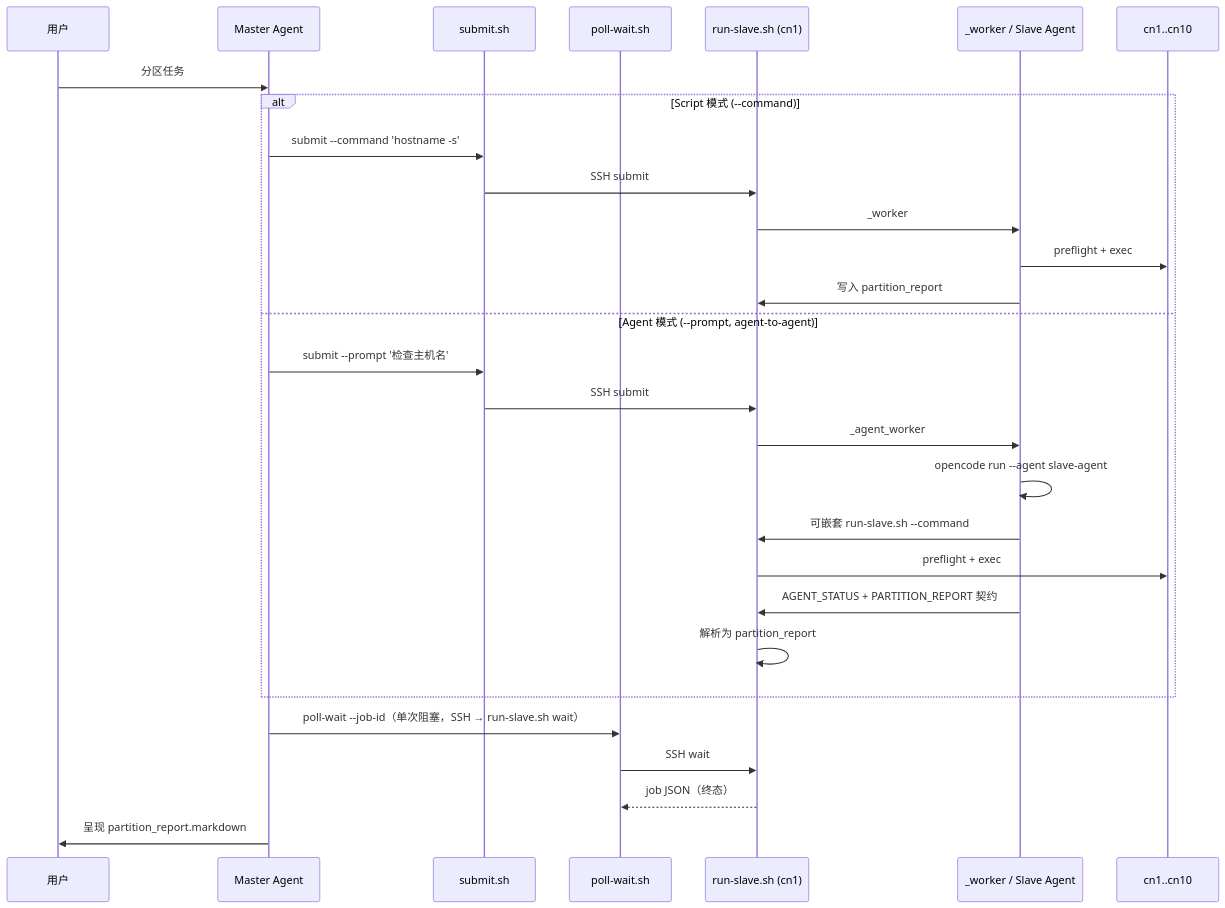
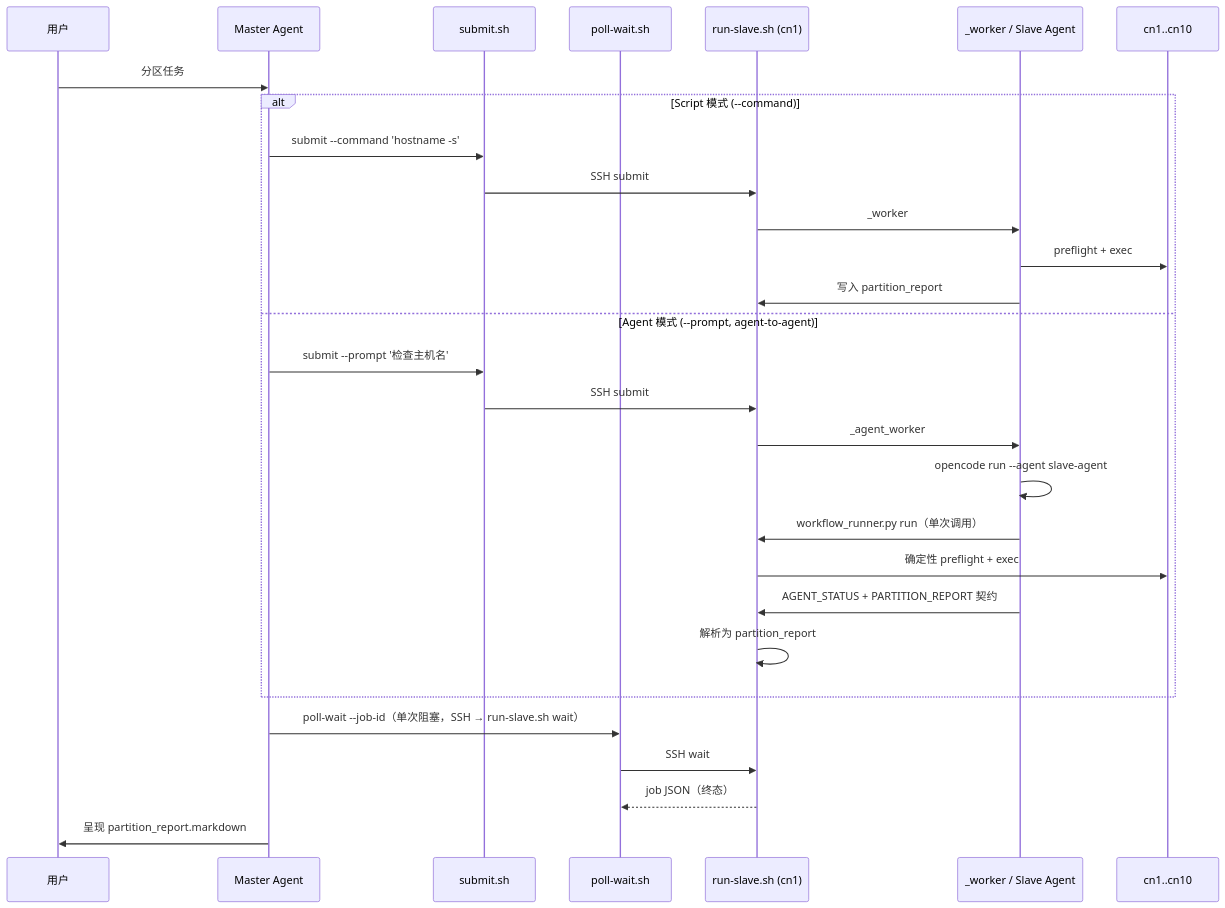
The fourth of 4 diagrams in docs/zh/architecture.md (voidspiral/ClusterHelm), drawn with Mermaid before and after one commit. The commit also changed other lines of this file and 24 other files, not shown here.

First line of the commit message:
Fix Slave agent happy path to one deterministic workflow call.

````diff
--- a/docs/zh/architecture.md
+++ b/docs/zh/architecture.md
@@ -150,32 +152,32 @@
 ```mermaid
 sequenceDiagram
   participant User as 用户
   participant MA as Master Agent
   participant SS as submit.sh
   participant PS as poll-wait.sh
   participant RS as run-slave.sh (cn1)
   participant Exec as _worker / Slave Agent
   participant Node as cn1..cn10
 
   User->>MA: 分区任务
   alt Script 模式 (--command)
     MA->>SS: submit --command 'hostname -s'
     SS->>RS: SSH submit
     RS->>Exec: _worker
     Exec->>Node: preflight + exec
     Exec->>RS: 写入 partition_report
   else Agent 模式 (--prompt, agent-to-agent)
     MA->>SS: submit --prompt '检查主机名'
     SS->>RS: SSH submit
     RS->>Exec: _agent_worker
     Exec->>Exec: opencode run --agent slave-agent
-    Exec->>RS: 可嵌套 run-slave.sh --command
-    RS->>Node: preflight + exec
+    Exec->>RS: workflow_runner.py run（单次调用）
+    RS->>Node: 确定性 preflight + exec
     Exec->>RS: AGENT_STATUS + PARTITION_REPORT 契约
     RS->>RS: 解析为 partition_report
   end
   MA->>PS: poll-wait --job-id（单次阻塞，SSH → run-slave.sh wait）
   PS->>RS: SSH wait
   RS-->>PS: job JSON（终态）
   MA->>User: 呈现 partition_report.markdown
 ```
````
